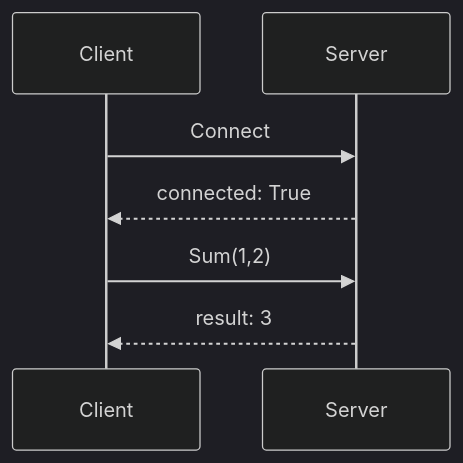
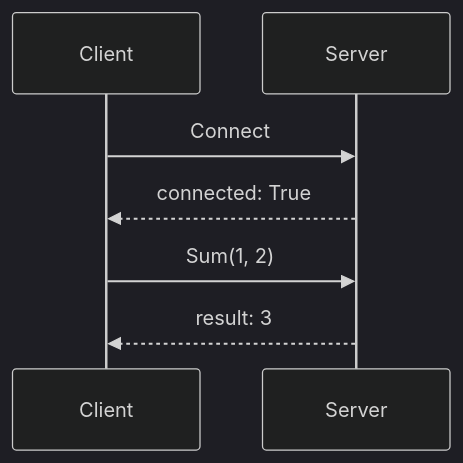
Before and after one commit to supertoha/TCP_ROM: the diagram in README.md, drawn with Mermaid (dark theme). The commit also changed 3 other files, not shown here.

````diff
--- a/README.md
+++ b/README.md
@@ -58,8 +58,8 @@
 ```mermaid
 sequenceDiagram
 Client ->> Server: Connect
 Server-->>Client: connected: True
 
-Client ->> Server: Sum(1,2)
+Client ->> Server: Sum(1, 2)
 Server-->>Client: result: 3
 ```
````
